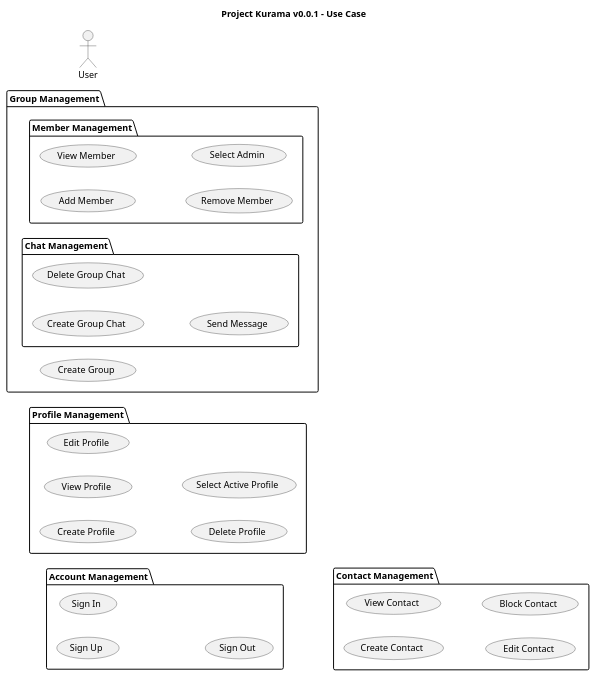
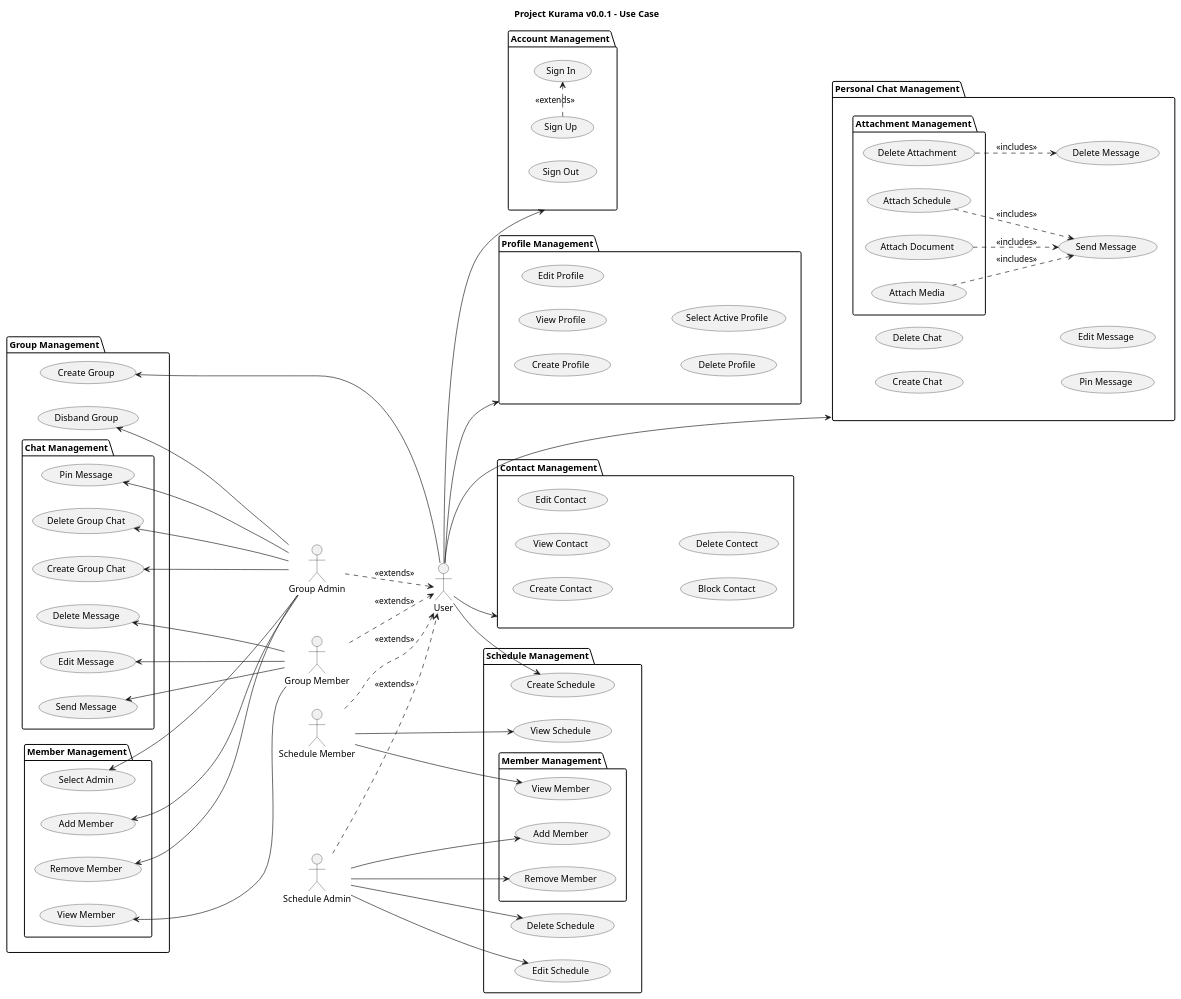
The diagram in entity.puml (ycagung/kurama-uml), drawn with PlantUML before and after one commit.

Commit message:
entity diagram done

```diff
--- a/entity.puml
+++ b/entity.puml
@@ -1,47 +1,131 @@
 @startuml entity
 
 left to right direction
 title "Project Kurama v0.0.1 - Use Case"
 
 actor "User" as user
+actor "Group Admin" as groupAdmin
+actor "Group Member" as groupMember
+actor "Schedule Member" as scheduleMember
+actor "Schedule Admin" as scheduleAdmin
 
 package "Account Management" as accountManagement {
     usecase "Sign Up" as signUp
     usecase "Sign In" as signIn
     usecase "Sign Out" as signOut
 }
 
 package "Profile Management" as profileManagement {
     usecase "Create Profile" as createProfile
     usecase "View Profile" as readProfile
     usecase "Edit Profile" as editProfile
     usecase "Delete Profile" as deleteProfile
     usecase "Select Active Profile" as selectActiveProfile
 }
 
 package "Contact Management" as contactManagement {
     usecase "Create Contact" as createContact
     usecase "View Contact" as viewContact
     usecase "Edit Contact" as editContact
     usecase "Block Contact" as blockContact
+    usecase "Delete Contect" as deleteContact
 }
 
 package "Group Management" as groupManagement {
     usecase "Create Group" as createGroup
+    usecase "Disband Group" as disbandGroup
 
     package "Member Management" as memberManagement {
-        usecase "Add Member" as addMember
-        usecase "View Member" as viewMember
-        usecase "Remove Member" as removeMember
-        usecase "Select Admin" as selectAdmin
+        usecase "Add Member" as addGroupMember
+        usecase "View Member" as viewGroupMember
+        usecase "Remove Member" as removeGroupMember
+        usecase "Select Admin" as selectGroupAdmin
     }
 
     package "Chat Management" as groupChatManagement {
         usecase "Create Group Chat" as createGroupChat
         usecase "Delete Group Chat" as deleteGroupChat
 
-        usecase sendMessage as "Send Message"
+        usecase "Send Message" as sendGroupMessage
+        usecase "Pin Message" as pinGroupMessage
+        usecase "Edit Message" as editGroupMessage
+        usecase "Delete Message" as deleteGroupMessage
     }
 }
 
+package "Personal Chat Management" as personalChatMangement {
+    usecase "Create Chat" as createChat
+    usecase "Delete Chat" as deleteChat
+
+    usecase "Send Message" as sendMessage
+    usecase "Pin Message" as pinMessage
+    usecase "Edit Message" as editMessage
+    usecase "Delete Message" as deleteMessage
+    
+    package "Attachment Management" as attachmentManagement {
+        usecase "Attach Media" as attachMedia
+        usecase "Attach Document" as attachDocument
+        usecase "Attach Schedule" as attachSchedule
+        usecase "Delete Attachment" as deleteAttachment
+    }
+}
+
+package "Schedule Management" as scheduleManagement { 
+    usecase "Create Schedule" as createSchedule
+    usecase "View Schedule" as viewSchedule
+    usecase "Edit Schedule" as editSchedule
+    usecase "Delete Schedule" as deleteSchedule
+
+    package "Member Management" as scheduleMemberManagement {
+        usecase "Add Member" as addScheduleMember
+        usecase "View Member" as viewSchduleMember
+        usecase "Remove Member" as removeScheduleMember
+    }
+}
+
+groupAdmin ..> user : <<extends>>
+groupMember ..> user : <<extends>>
+scheduleAdmin ..> user : <<extends>>
+scheduleMember ..> user : <<extends>>
+
+' Account Managemenet
+user -down-> accountManagement
+signUp .> signIn : <<extends>>
+
+' Profile Management
+user -down-> profileManagement
+
+' Contact Management
+user -down-> contactManagement
+
+' Group Management
+user -down-> createGroup
+groupAdmin --up--> disbandGroup
+groupAdmin --up--> removeGroupMember
+groupAdmin --up--> addGroupMember
+groupAdmin --up--> selectGroupAdmin
+groupAdmin --up--> createGroupChat
+groupAdmin --up--> deleteGroupChat
+groupAdmin --up--> pinGroupMessage
+groupMember --up--> viewGroupMember
+groupMember --up--> sendGroupMessage
+groupMember --up--> editGroupMessage
+groupMember --up--> deleteGroupMessage
+
+' Personal Chat Management
+user --> personalChatMangement
+attachMedia ..> sendMessage : <<includes>>
+attachDocument ..> sendMessage : <<includes>>
+attachSchedule ..> sendMessage : <<includes>>
+deleteAttachment ..> deleteMessage : <<includes>>
+
+' Schedule Management
+user -down-> createSchedule
+scheduleAdmin --> editSchedule
+scheduleAdmin --> deleteSchedule
+scheduleAdmin --> addScheduleMember
+scheduleAdmin --> removeScheduleMember
+scheduleMember --> viewSchedule
+scheduleMember --> viewSchduleMember
+
 @enduml
```
